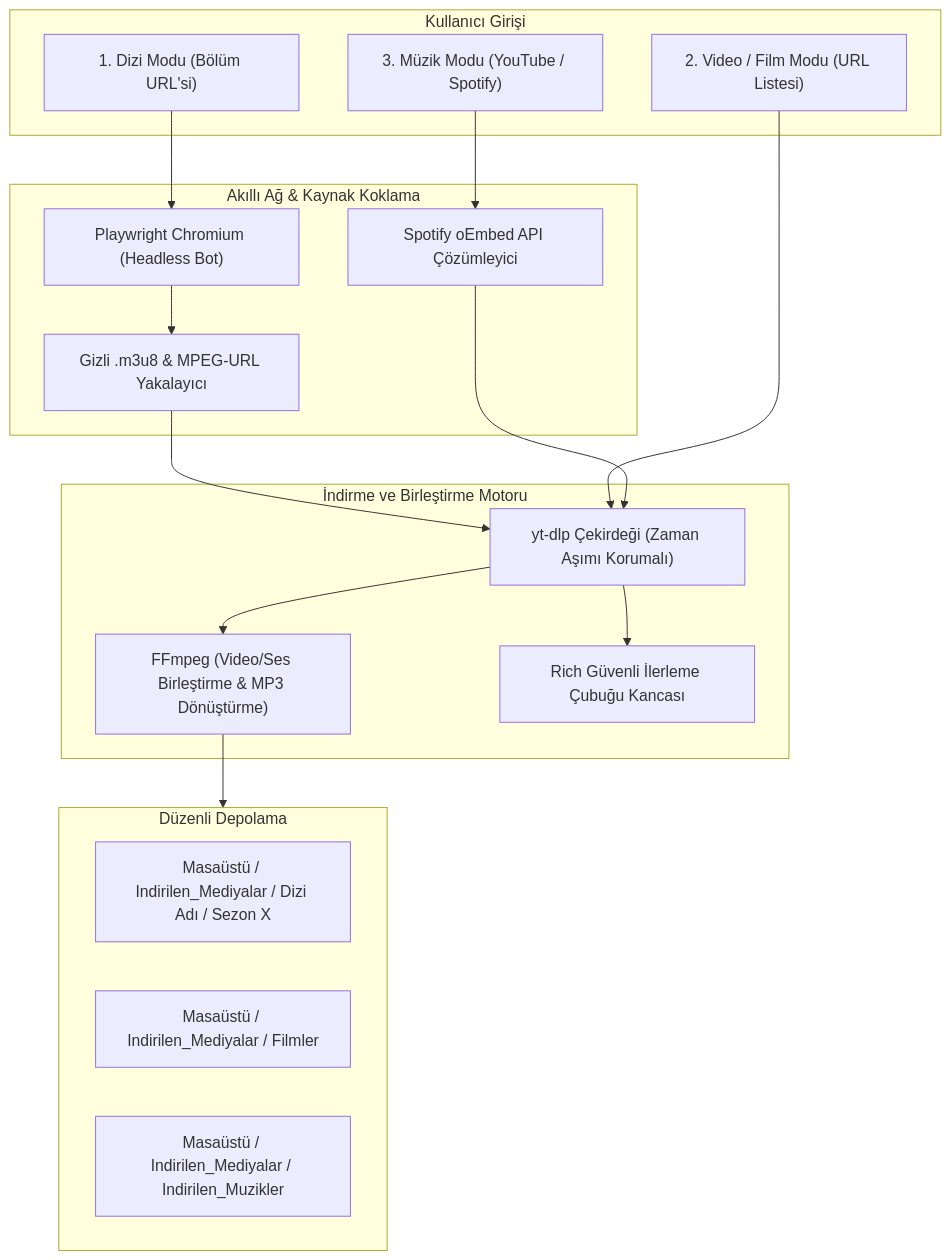
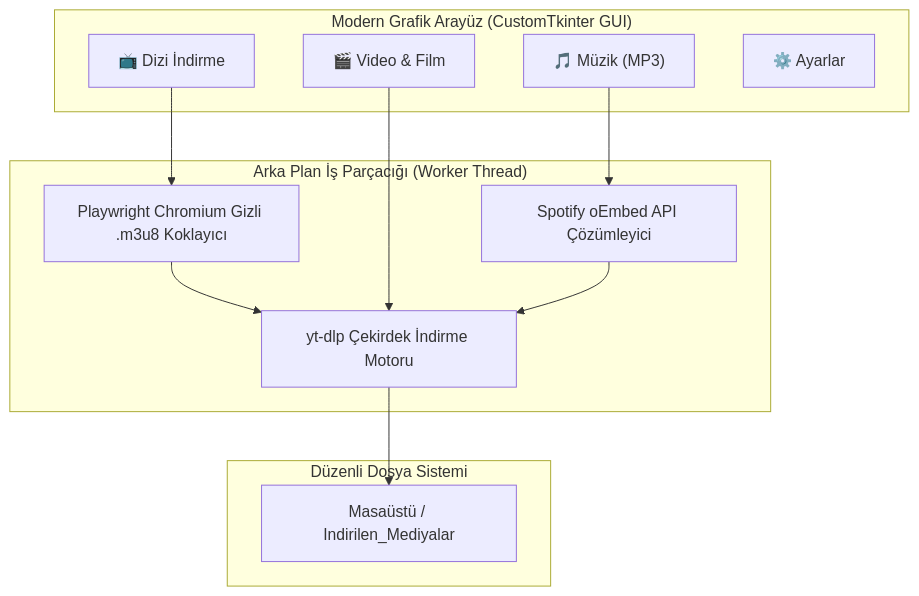
The diagram in README.md (mertahmet41/GokturkMediaDowlander), drawn with Mermaid before and after one commit. The commit also changed other lines of this file and 6 other files, not shown here.

Commit message:
feat: v6.0 - add modern CustomTkinter GUI, portable exe packaging, and threading support

````diff
--- a/README.md
+++ b/README.md
@@ -17,32 +36,24 @@
 ```mermaid
 flowchart TD
-    subgraph Input ["Kullanıcı Girişi"]
-        M1["1. Dizi Modu (Bölüm URL'si)"]
-        M2["2. Video / Film Modu (URL Listesi)"]
-        M3["3. Müzik Modu (YouTube / Spotify)"]
+    subgraph UI ["Modern Grafik Arayüz (CustomTkinter GUI)"]
+        TabSeries["📺 Dizi İndirme"]
+        TabVideo["🎬 Video & Film"]
+        TabMusic["🎵 Müzik (MP3)"]
+        TabSettings["⚙️ Ayarlar"]
     end
 
-    subgraph Sniffer ["Akıllı Ağ & Kaynak Koklama"]
-        PW["Playwright Chromium (Headless Bot)"]
-        M3U8["Gizli .m3u8 & MPEG-URL Yakalayıcı"]
+    subgraph Core ["Arka Plan İş Parçacığı (Worker Thread)"]
+        Sniffer["Playwright Chromium Gizli .m3u8 Koklayıcı"]
         SpotAPI["Spotify oEmbed API Çözümleyici"]
+        Downloader["yt-dlp Çekirdek İndirme Motoru"]
     end
 
-    subgraph Engine ["İndirme ve Birleştirme Motoru"]
-        YTDL["yt-dlp Çekirdeği (Zaman Aşımı Korumalı)"]
-        FFMPEG["FFmpeg (Video/Ses Birleştirme & MP3 Dönüştürme)"]
-        HOOK["Rich Güvenli İlerleme Çubuğu Kancası"]
+    subgraph Output ["Düzenli Dosya Sistemi"]
+        Storage["Masaüstü / Indirilen_Mediyalar"]
     end
 
-    subgraph Storage ["Düzenli Depolama"]
-        DirSeries["Masaüstü / Indirilen_Mediyalar / Dizi Adı / Sezon X"]
-        DirMovies["Masaüstü / Indirilen_Mediyalar / Filmler"]
-        DirMusic["Masaüstü / Indirilen_Mediyalar / Indirilen_Muzikler"]
-    end
-
-    M1 --> PW --> M3U8 --> YTDL
-    M2 --> YTDL
-    M3 --> SpotAPI --> YTDL
-    YTDL --> FFMPEG --> Storage
-    YTDL --> HOOK
+    TabSeries --> Sniffer --> Downloader
+    TabVideo --> Downloader
+    TabMusic --> SpotAPI --> Downloader
+    Downloader --> Storage
 ```
````
